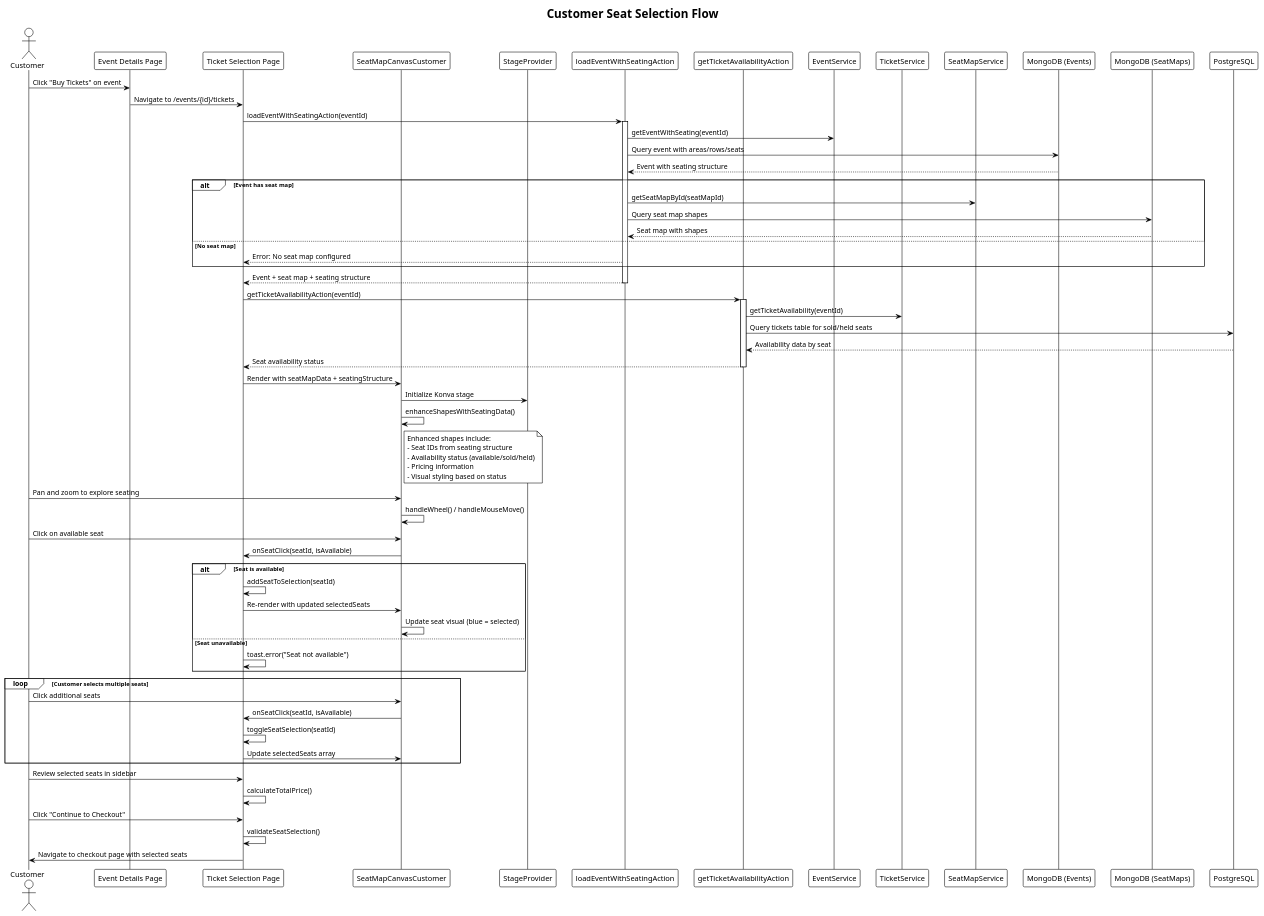
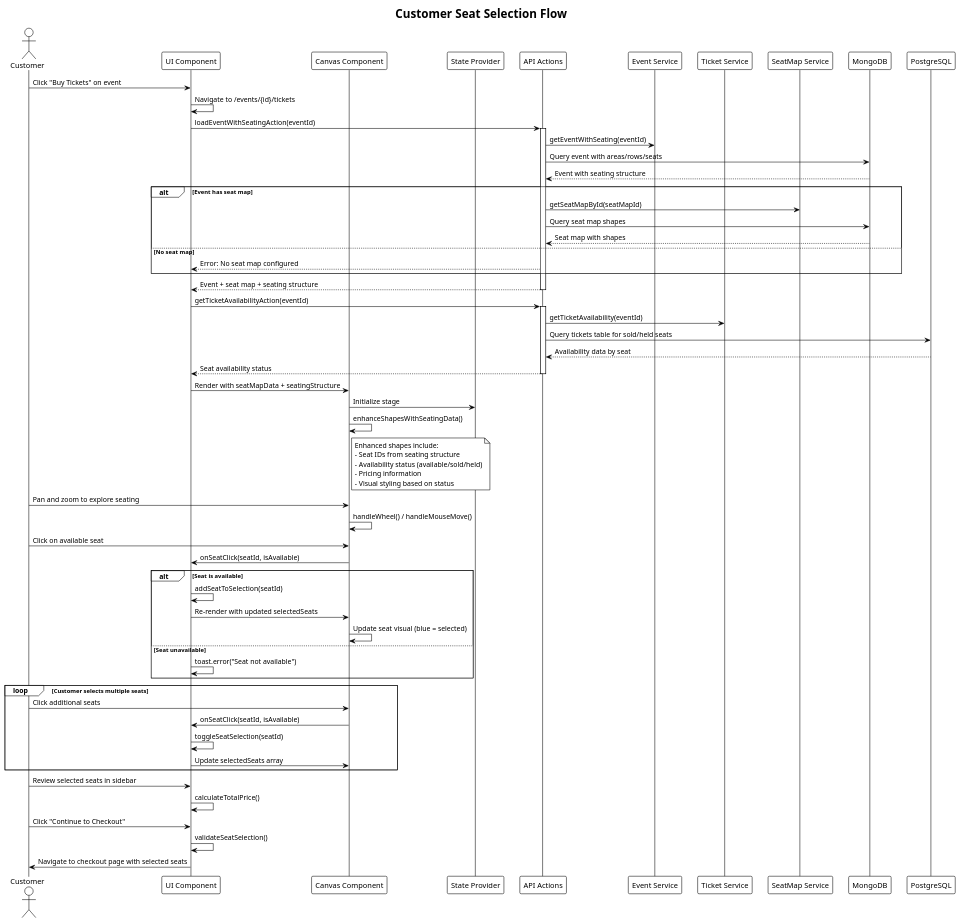
One commit to VieTicket/vieticket-monorepo changed the first of 7 diagrams in puml/seat-map-customer.puml. Above: the diagram before and after it, drawn with PlantUML. The commit also changed other lines of this file and 4 other files, not shown here.

Commit message:
[OPS-28] seq diagram for seatmap

```diff
--- a/puml/seat-map-customer.puml
+++ b/puml/seat-map-customer.puml
@@ -1,87 +1,84 @@
 @startuml customer-seat-selection
 !theme plain
 title Customer Seat Selection Flow
 
 actor Customer
-participant "Event Details Page" as EventPage
-participant "Ticket Selection Page" as TicketPage
-participant "SeatMapCanvasCustomer" as Canvas
-participant "StageProvider" as Stage
-participant "loadEventWithSeatingAction" as LoadEvent
-participant "getTicketAvailabilityAction" as GetAvailability
-participant "EventService" as EventService
-participant "TicketService" as TicketService
-participant "SeatMapService" as SeatMapService
-participant "MongoDB (Events)" as EventDB
-participant "MongoDB (SeatMaps)" as SeatMapDB
+participant "UI Component" as UI
+participant "Canvas Component" as Canvas
+participant "State Provider" as State
+participant "API Actions" as Actions
+participant "Event Service" as EventService
+participant "Ticket Service" as TicketService
+participant "SeatMap Service" as SeatMapService
+participant "MongoDB" as MongoDB
 participant "PostgreSQL" as PostgresDB
 
-Customer -> EventPage: Click "Buy Tickets" on event
-EventPage -> TicketPage: Navigate to /events/{id}/tickets
+Customer -> UI: Click "Buy Tickets" on event
+UI -> UI: Navigate to /events/{id}/tickets
 
-TicketPage -> LoadEvent: loadEventWithSeatingAction(eventId)
-activate LoadEvent
-LoadEvent -> EventService: getEventWithSeating(eventId)
-LoadEvent -> EventDB: Query event with areas/rows/seats
-EventDB --> LoadEvent: Event with seating structure
+UI -> Actions: loadEventWithSeatingAction(eventId)
+activate Actions
+Actions -> EventService: getEventWithSeating(eventId)
+Actions -> MongoDB: Query event with areas/rows/seats
+MongoDB --> Actions: Event with seating structure
 
 alt Event has seat map
-    LoadEvent -> SeatMapService: getSeatMapById(seatMapId)
-    LoadEvent -> SeatMapDB: Query seat map shapes
-    SeatMapDB --> LoadEvent: Seat map with shapes
+    Actions -> SeatMapService: getSeatMapById(seatMapId)
+    Actions -> MongoDB: Query seat map shapes
+    MongoDB --> Actions: Seat map with shapes
 else No seat map
-    LoadEvent --> TicketPage: Error: No seat map configured
+    Actions --> UI: Error: No seat map configured
 end
 
-LoadEvent --> TicketPage: Event + seat map + seating structure
-deactivate LoadEvent
+Actions --> UI: Event + seat map + seating structure
+deactivate Actions
 
-TicketPage -> GetAvailability: getTicketAvailabilityAction(eventId)
-activate GetAvailability
-GetAvailability -> TicketService: getTicketAvailability(eventId)
-GetAvailability -> PostgresDB: Query tickets table for sold/held seats
-PostgresDB --> GetAvailability: Availability data by seat
-GetAvailability --> TicketPage: Seat availability status
-deactivate GetAvailability
+UI -> Actions: getTicketAvailabilityAction(eventId)
+activate Actions
+Actions -> TicketService: getTicketAvailability(eventId)
+Actions -> PostgresDB: Query tickets table for sold/held seats
+PostgresDB --> Actions: Availability data by seat
+Actions --> UI: Seat availability status
+deactivate Actions
 
-TicketPage -> Canvas: Render with seatMapData + seatingStructure
-Canvas -> Stage: Initialize Konva stage
+UI -> Canvas: Render with seatMapData + seatingStructure
+Canvas -> State: Initialize stage
 Canvas -> Canvas: enhanceShapesWithSeatingData()
 
 Note right of Canvas
   Enhanced shapes include:
   - Seat IDs from seating structure
   - Availability status (available/sold/held)
   - Pricing information
   - Visual styling based on status
 end note
 
 Customer -> Canvas: Pan and zoom to explore seating
 Canvas -> Canvas: handleWheel() / handleMouseMove()
 
 Customer -> Canvas: Click on available seat
-Canvas -> TicketPage: onSeatClick(seatId, isAvailable)
+Canvas -> UI: onSeatClick(seatId, isAvailable)
 
 alt Seat is available
-    TicketPage -> TicketPage: addSeatToSelection(seatId)
-    TicketPage -> Canvas: Re-render with updated selectedSeats
+    UI -> UI: addSeatToSelection(seatId)
+    UI -> Canvas: Re-render with updated selectedSeats
     Canvas -> Canvas: Update seat visual (blue = selected)
 else Seat unavailable
-    TicketPage -> TicketPage: toast.error("Seat not available")
+    UI -> UI: toast.error("Seat not available")
 end
 
 loop Customer selects multiple seats
     Customer -> Canvas: Click additional seats
-    Canvas -> TicketPage: onSeatClick(seatId, isAvailable)
-    TicketPage -> TicketPage: toggleSeatSelection(seatId)
-    TicketPage -> Canvas: Update selectedSeats array
+    Canvas -> UI: onSeatClick(seatId, isAvailable)
+    UI -> UI: toggleSeatSelection(seatId)
+    UI -> Canvas: Update selectedSeats array
 end
 
-Customer -> TicketPage: Review selected seats in sidebar
-TicketPage -> TicketPage: calculateTotalPrice()
+Customer -> UI: Review selected seats in sidebar
+UI -> UI: calculateTotalPrice()
 
-Customer -> TicketPage: Click "Continue to Checkout"
-TicketPage -> TicketPage: validateSeatSelection()
-TicketPage -> Customer: Navigate to checkout page with selected seats
+Customer -> UI: Click "Continue to Checkout"
+UI -> UI: validateSeatSelection()
+UI -> Customer: Navigate to checkout page with selected seats
 
 @enduml
```
